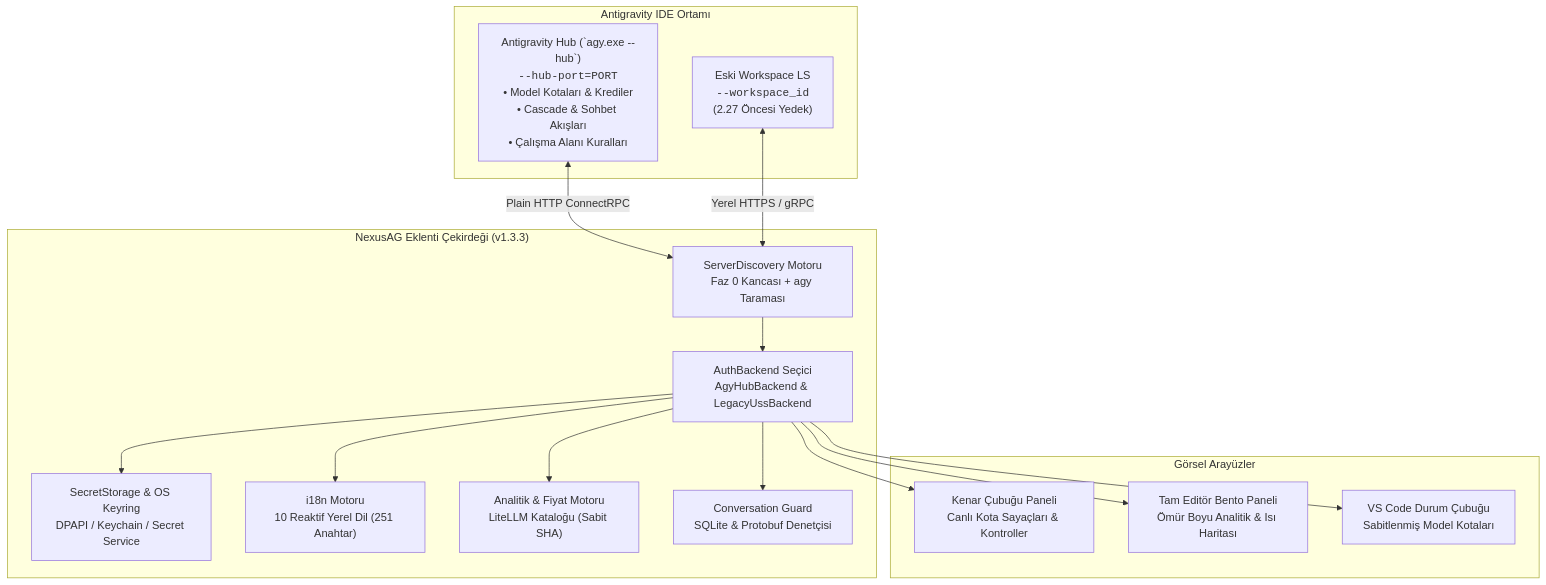
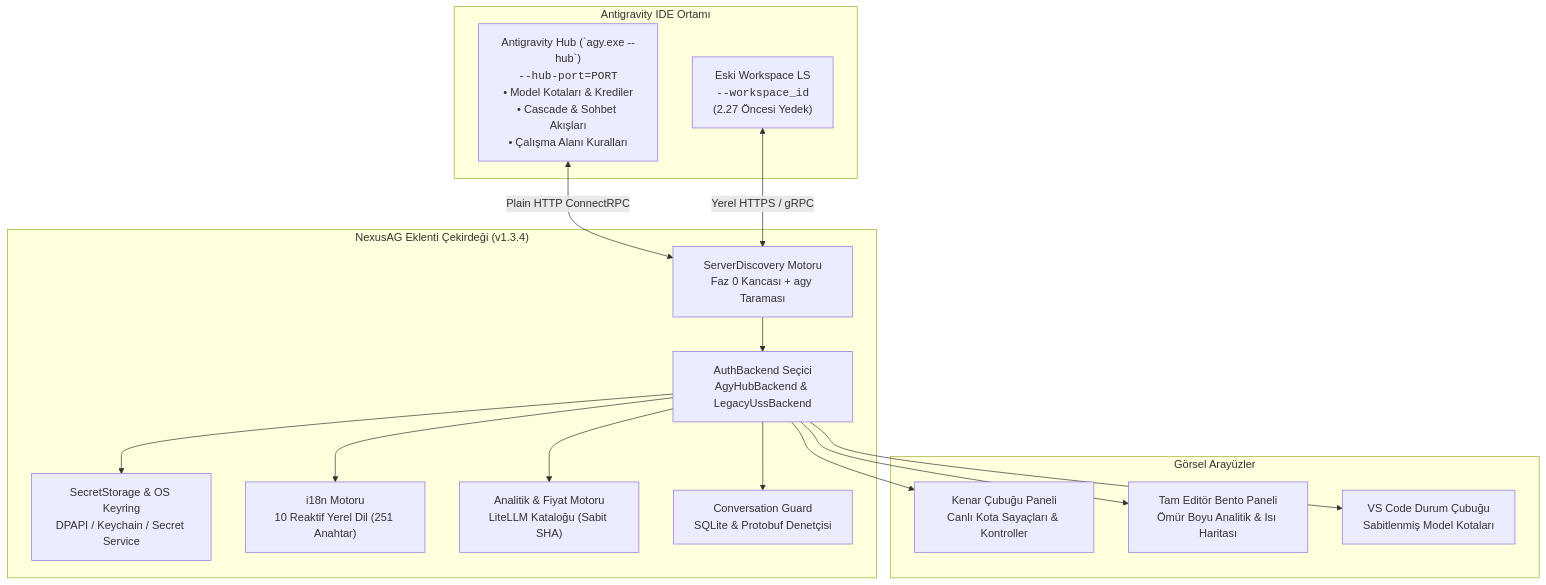
One commit to AlperenAKKAYA99/NexusAG changed the second of 2 diagrams in README.tr.md. Above: the diagram before and after it, drawn with Mermaid. The commit also changed other lines of this file and 80 other files, not shown here.

````diff
--- a/README.tr.md
+++ b/README.tr.md
@@ -218,33 +235,33 @@
 ```mermaid
 graph TB
     subgraph Antigravity_IDE["Antigravity IDE Ortamı"]
         HUB["Antigravity Hub (`agy.exe --hub`)<br/><code>--hub-port=PORT</code><br/>• Model Kotaları & Krediler<br/>• Cascade & Sohbet Akışları<br/>• Çalışma Alanı Kuralları"]
         WLS["Eski Workspace LS<br/><code>--workspace_id</code><br/>(2.27 Öncesi Yedek)"]
     end
 
-    subgraph NexusAG_Core["NexusAG Eklenti Çekirdeği (v1.3.3)"]
+    subgraph NexusAG_Core["NexusAG Eklenti Çekirdeği (v1.3.4)"]
         DISCO["ServerDiscovery Motoru<br/>Faz 0 Kancası + agy Taraması"]
         AUTH["AuthBackend Seçici<br/>AgyHubBackend & LegacyUssBackend"]
         VAULT["SecretStorage & OS Keyring<br/>DPAPI / Keychain / Secret Service"]
         I18N["i18n Motoru<br/>10 Reaktif Yerel Dil (251 Anahtar)"]
         ANALYTICS["Analitik & Fiyat Motoru<br/>LiteLLM Kataloğu (Sabit SHA)"]
         GUARD["Conversation Guard<br/>SQLite & Protobuf Denetçisi"]
     end
 
     subgraph UI_Surfaces["Görsel Arayüzler"]
         SIDEBAR["Kenar Çubuğu Paneli<br/>Canlı Kota Sayaçları & Kontroller"]
         DASHBOARD["Tam Editör Bento Paneli<br/>Ömür Boyu Analitik & Isı Haritası"]
         STATUSBAR["VS Code Durum Çubuğu<br/>Sabitlenmiş Model Kotaları"]
     end
 
     HUB <-->|Plain HTTP ConnectRPC| DISCO
     WLS <-->|Yerel HTTPS / gRPC| DISCO
     DISCO --> AUTH
     AUTH --> VAULT
     AUTH --> I18N
     AUTH --> ANALYTICS
     AUTH --> GUARD
     AUTH --> SIDEBAR
     AUTH --> DASHBOARD
     AUTH --> STATUSBAR
 ```
````
